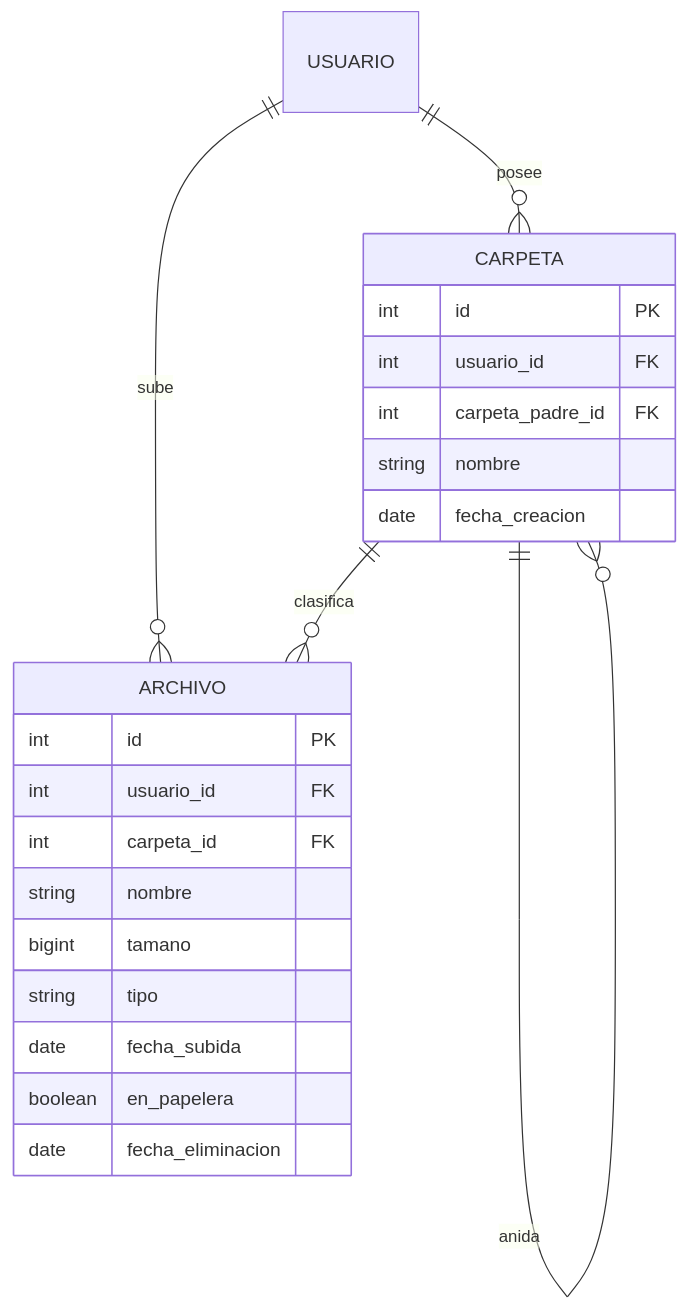
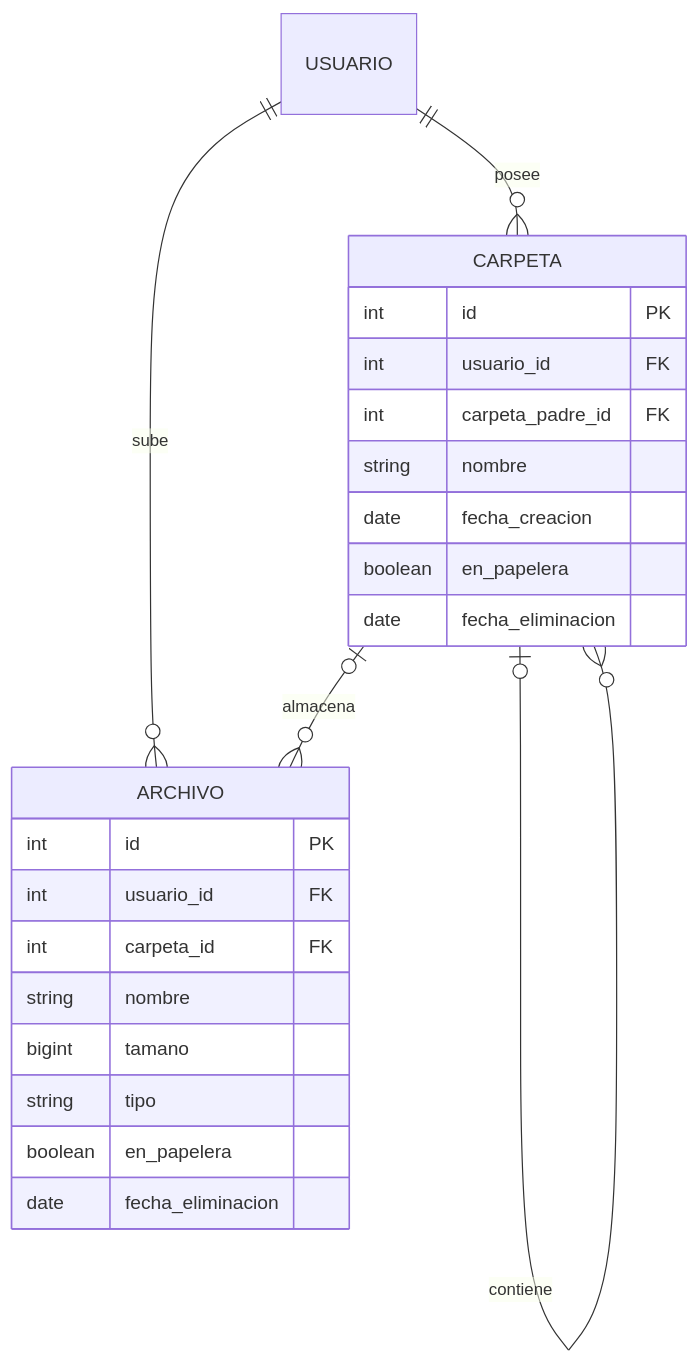
Diagram 15 of 15 in docs/DOCUMENTACION_PROYECTO.md (JFernn4/Servicio-de-Almacenamiento), drawn with Mermaid before and after one commit. The commit also changed other lines of this file and 8 other files, not shown here.

````diff
--- a/docs/DOCUMENTACION_PROYECTO.md
+++ b/docs/DOCUMENTACION_PROYECTO.md
@@ -477,26 +611,27 @@
 ```mermaid
 erDiagram
     USUARIO ||--o{ CARPETA : posee
     USUARIO ||--o{ ARCHIVO : sube
-    CARPETA ||--o{ ARCHIVO : clasifica
-    CARPETA ||--o{ CARPETA : anida
+    CARPETA |o--o{ CARPETA : contiene
+    CARPETA |o--o{ ARCHIVO : almacena
 
     CARPETA {
         int id PK
         int usuario_id FK
         int carpeta_padre_id FK
         string nombre
         date fecha_creacion
+        boolean en_papelera
+        date fecha_eliminacion
     }
     ARCHIVO {
         int id PK
         int usuario_id FK
         int carpeta_id FK
         string nombre
         bigint tamano
         string tipo
-        date fecha_subida
         boolean en_papelera
         date fecha_eliminacion
     }
 ```
````
